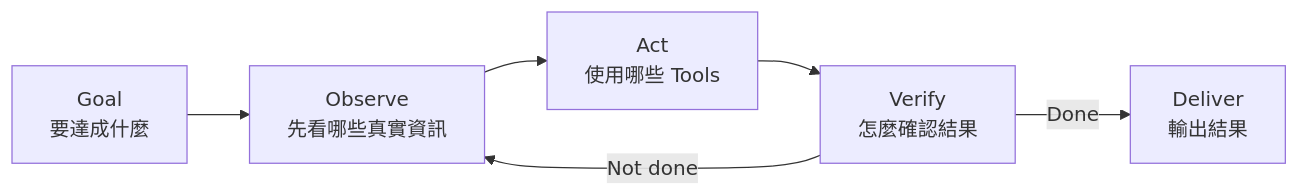
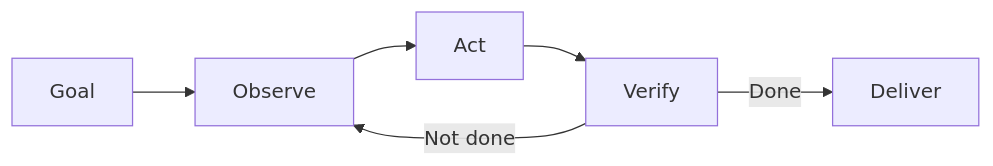
Before and after one commit to indigofeather/harness-book: the first of 10 diagrams in docs/applications/workflows.md, drawn with Mermaid. The commit also changed other lines of this file and 48 other files, not shown here.

````diff
--- a/docs/applications/workflows.md
+++ b/docs/applications/workflows.md
@@ -13,8 +9,8 @@
 ```mermaid
 flowchart LR
-  G[Goal\n要達成什麼] --> O[Observe\n先看哪些真實資訊]
-  O --> A[Act\n使用哪些 Tools]
-  A --> V[Verify\n怎麼確認結果]
+  G[Goal] --> O[Observe]
+  O --> A[Act]
+  A --> V[Verify]
   V -->|Not done| O
-  V -->|Done| D[Deliver\n輸出結果]
+  V -->|Done| D[Deliver]
 ```
````
